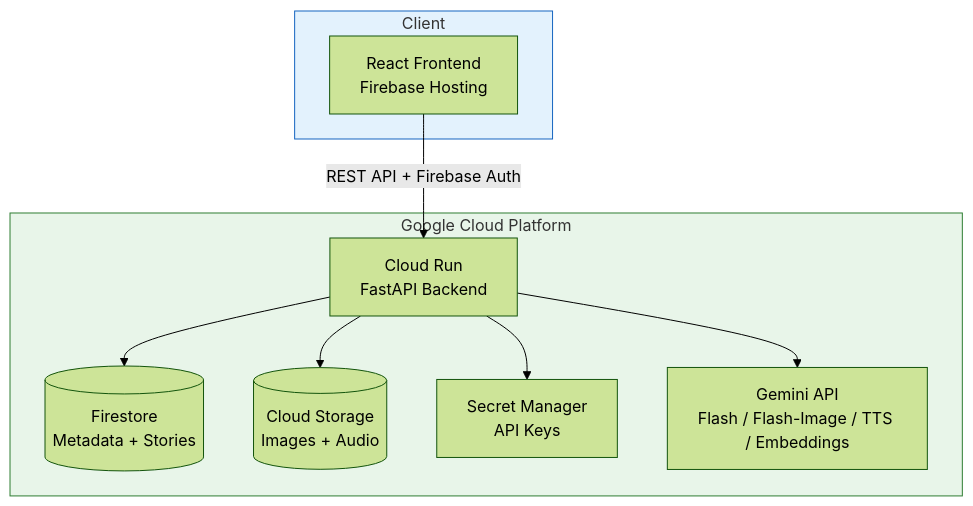
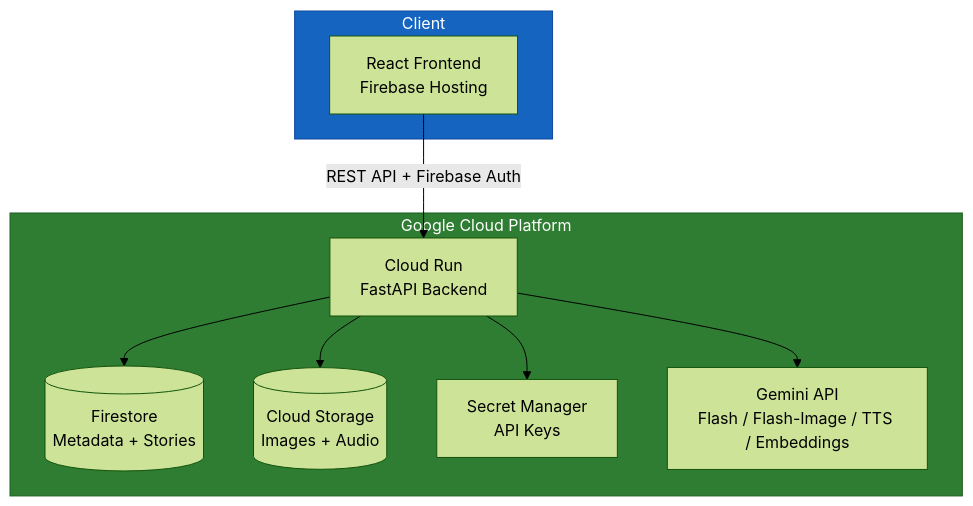
One commit to aria-vibe/paper-tales changed the first of 4 diagrams in README.md. Above: the diagram before and after it, drawn with Mermaid (forest theme). The commit also changed other lines of this file, not shown here.

First line of the commit message:
docs: make Mermaid diagram colors dark-mode friendly

````diff
--- a/README.md
+++ b/README.md
@@ -39,23 +39,23 @@
 ```mermaid
 graph TB
     subgraph Client
         FE[React Frontend<br/>Firebase Hosting]
     end
 
     subgraph GCP["Google Cloud Platform"]
         CR[Cloud Run<br/>FastAPI Backend]
         FS[(Firestore<br/>Metadata + Stories)]
         GCS[(Cloud Storage<br/>Images + Audio)]
         SM[Secret Manager<br/>API Keys]
         GEMINI[Gemini API<br/>Flash / Flash-Image / TTS / Embeddings]
     end
 
     FE -->|REST API + Firebase Auth| CR
     CR --> FS
     CR --> GCS
     CR --> SM
     CR --> GEMINI
 
-    style Client fill:#e3f2fd,stroke:#1565c0
-    style GCP fill:#e8f5e9,stroke:#2e7d32
+    style Client fill:#1565c0,stroke:#0d47a1,color:#fff
+    style GCP fill:#2e7d32,stroke:#1b5e20,color:#fff
 ```
````
